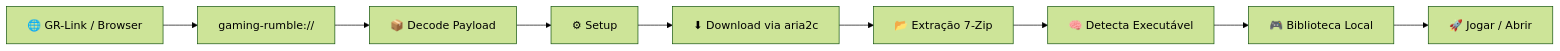
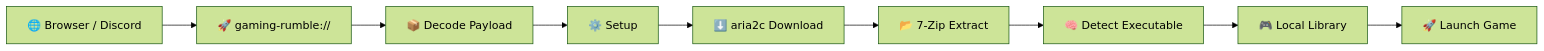
One commit to zKauaFerreira/The-Gaming-Rumble changed the first of 2 diagrams in README.md. Above: the diagram before and after it, drawn with Mermaid (forest theme). The commit also changed other lines of this file, not shown here.

````diff
--- a/README.md
+++ b/README.md
@@ -53,11 +79,11 @@
 ```mermaid
 flowchart LR
-  A["🌐 GR-Link / Browser"] --> B["gaming-rumble://"]
+  A["🌐 Browser / Discord"] --> B["🚀 gaming-rumble://"]
   B --> C["📦 Decode Payload"]
-  C --> D["⚙ Setup"]
-  D --> E["⬇ Download via aria2c"]
-  E --> F["📂 Extração 7-Zip"]
-  F --> G["🧠 Detecta Executável"]
-  G --> H["🎮 Biblioteca Local"]
-  H --> I["🚀 Jogar / Abrir"]
+  C --> D["⚙️ Setup"]
+  D --> E["⬇️ aria2c Download"]
+  E --> F["📂 7-Zip Extract"]
+  F --> G["🧠 Detect Executable"]
+  G --> H["🎮 Local Library"]
+  H --> I["🚀 Launch Game"]
 ```
````
